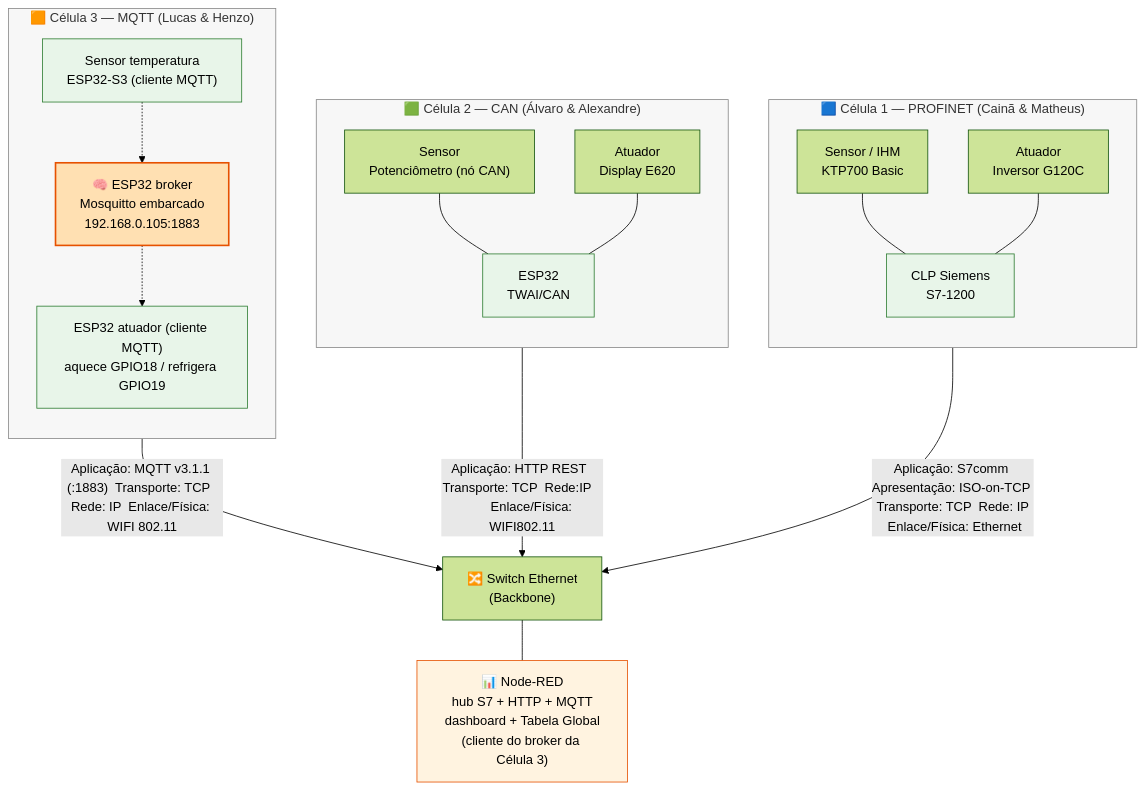
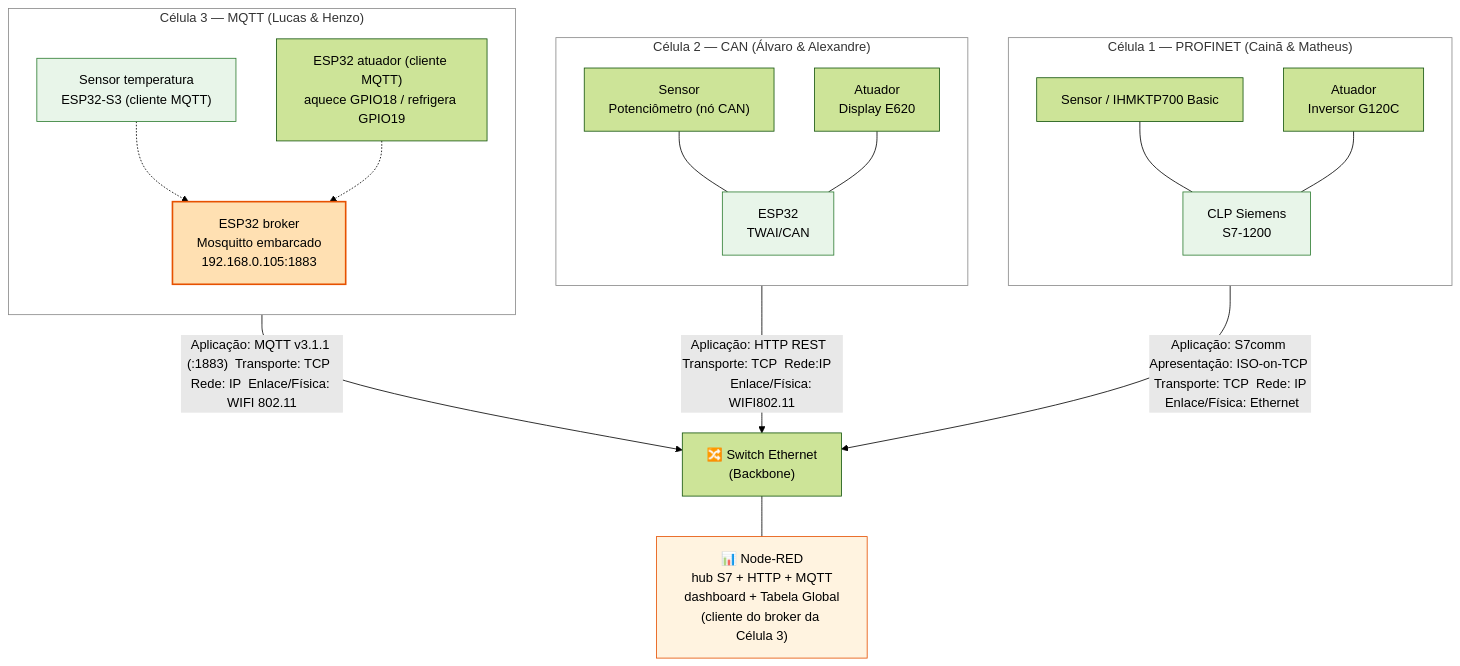
One commit to Scheeffer/Project_Nexus changed the diagram in README.md. Above: the diagram before and after it, drawn with Mermaid (forest theme). The commit also changed other lines of this file, not shown here.

Commit message:
Enhance README with animation description and updates
Added detailed description of the animation showcasing NEXUS operation and updated the diagram and symbol definitions in the README.

````diff
--- a/README.md
+++ b/README.md
@@ -69,37 +73,37 @@
 ```mermaid
 flowchart TB
-    subgraph CELULA1["🟦 Célula 1 — PROFINET (Cainã & Matheus)"]
+    subgraph CELULA1[" Célula 1 — PROFINET (Cainã & Matheus)"]
         direction TB
-        S1["Sensor / IHM<br/>KTP700 Basic"] --- PLC["CLP Siemens<br/>S7-1200"]
+        S1["Sensor / IHM<rd/>KTP700 Basic"] --- PLC["CLP Siemens<br/>S7-1200"]
         A1["Atuador<br/>Inversor G120C"] --- PLC
     end
 
-    subgraph CELULA2["🟩 Célula 2 — CAN (Álvaro & Alexandre)"]
+    subgraph CELULA2[" Célula 2 — CAN (Álvaro & Alexandre)"]
         direction TB
         S2["Sensor<br/>Potenciômetro (nó CAN)"] --- ESP2["ESP32<br/>TWAI/CAN"]
         A2["Atuador<br/>Display E620"] --- ESP2
     end
 
-    subgraph CELULA3["🟧 Célula 3 — MQTT (Lucas & Henzo)"]
+    subgraph CELULA3[" Célula 3 — MQTT (Lucas & Henzo)"]
         direction TB
-        S3["Sensor temperatura<br/>ESP32-S3 (cliente MQTT)"] -.-> BR3["🧠 ESP32 broker<br/>Mosquitto embarcado<br/>192.168.0.105:1883"]
-        BR3 -.-> ESP3["ESP32 atuador (cliente MQTT)<br/>aquece GPIO18 / refrigera GPIO19"]
+        S3["Sensor temperatura<br/>ESP32-S3 (cliente MQTT)"] -.-> BR3[" ESP32 broker<br/>Mosquitto embarcado<br/>192.168.0.105:1883"]
+        A3["ESP32 atuador (cliente MQTT)<br/>aquece GPIO18 / refrigera GPIO19"] -.-> BR3[" ESP32 broker<br/>Mosquitto embarcado<br/>192.168.0.105:1883"]
     end
 
     SW["🔀 Switch Ethernet<br/>(Backbone)"]
     NR["📊 Node-RED<br/>hub S7 + HTTP + MQTT<br/>dashboard + Tabela Global<br/>(cliente do broker da Célula 3)"]
 
     PLC -- "Aplicação: S7comm Apresentação: ISO-on-TCP  Transporte: TCP  Rede: IP  Enlace/Física: Ethernet" --> SW
     ESP2 -- "Aplicação: HTTP REST  Transporte: TCP  Rede:IP         Enlace/Física: WIFI802.11" --> SW
     BR3 -- "Aplicação: MQTT v3.1.1 (:1883)  Transporte: TCP  Rede: IP  Enlace/Física: WIFI 802.11" --> SW
     SW --- NR
 
-    classDef cell fill:#f7f7f7,stroke:#888,stroke-width:1px;
+    classDef cell fill:#ffffff,stroke:#888,stroke-width:1px;
     classDef local fill:#e8f5e9,stroke:#2e7d32,stroke-width:1px;
     classDef central fill:#fff3e0,stroke:#e65100,stroke-width:1px;
     classDef broker fill:#ffe0b2,stroke:#e65100,stroke-width:2px;
     class CELULA1,CELULA2,CELULA3 cell;
     class PLC,ESP2,ESP3,S3 local;
     class NR central;
     class BR3 broker;
 ```
````
